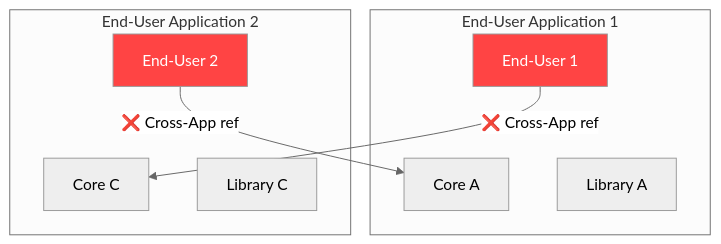
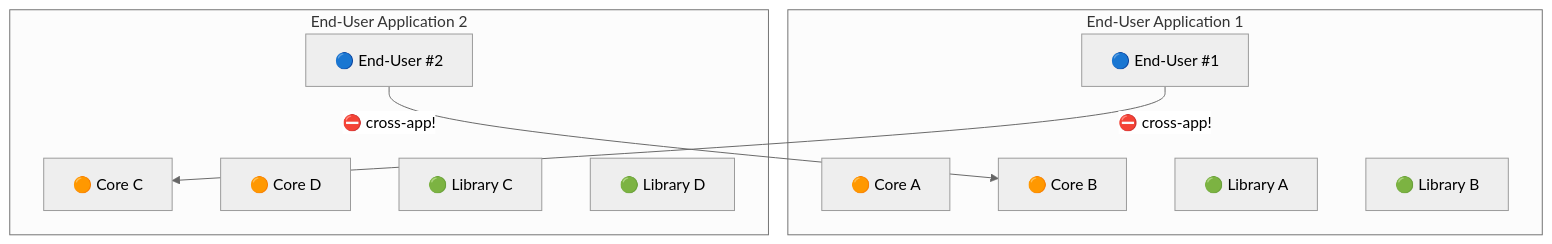
Before and after one commit to kckworld/outsystems_study: the fourth of 5 diagrams in Architecture Specialist (O11)/04_Chapter5_Application_Composition.md, drawn with Mermaid (neutral theme). The commit also changed other lines of this file and 5 other files, not shown here.

````diff
--- a/Architecture Specialist (O11)/04_Chapter5_Application_Composition.md
+++ b/Architecture Specialist (O11)/04_Chapter5_Application_Composition.md
@@ -128,20 +162,16 @@
 ```mermaid
 graph TD
-  subgraph End-User Application 1
-    EU1[End-User 1]
-    CoreA[Core A]
-    LibA[Library A]
+  subgraph App1["End-User Application 1"]
+    EU1["🔵 End-User #1"]
+    CA["🟠 Core A"] & CB["🟠 Core B"]
+    LA["🟢 Library A"] & LB["🟢 Library B"]
+  end
+  subgraph App2["End-User Application 2"]
+    EU2["🔵 End-User #2"]
+    CC["🟠 Core C"] & CD["🟠 Core D"]
+    LC["🟢 Library C"] & LD["🟢 Library D"]
   end
 
-  subgraph End-User Application 2
-    EU2[End-User 2]
-    CoreC[Core C]
-    LibC[Library C]
-  end
-
-  EU1 -->|❌ Cross-App ref| CoreC
-  EU2 -->|❌ Cross-App ref| CoreA
-
-  style EU1 fill:#ff4444,color:#fff
-  style EU2 fill:#ff4444,color:#fff
+  EU1 -->|"⛔ cross-app!"| CC
+  EU2 -->|"⛔ cross-app!"| CB
 ```
````
